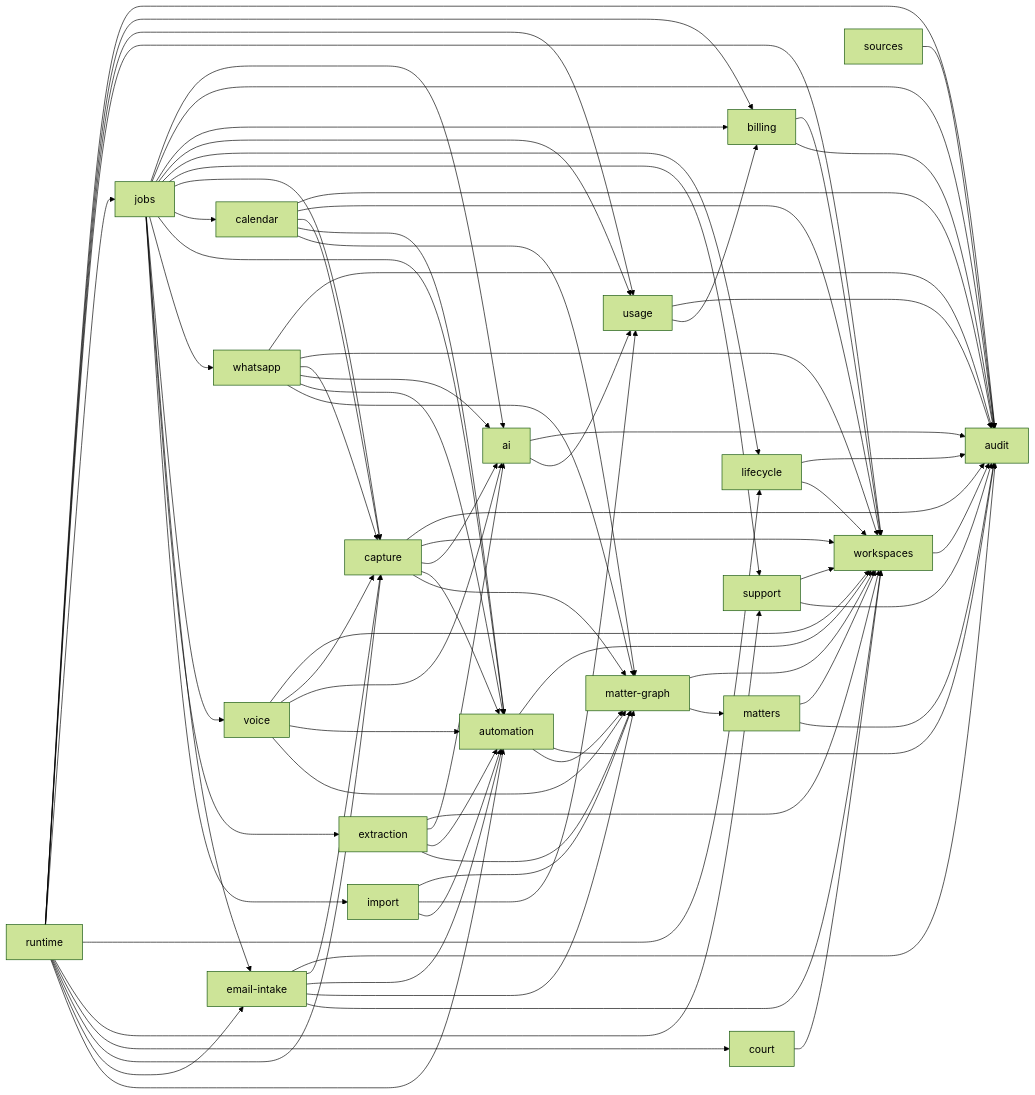
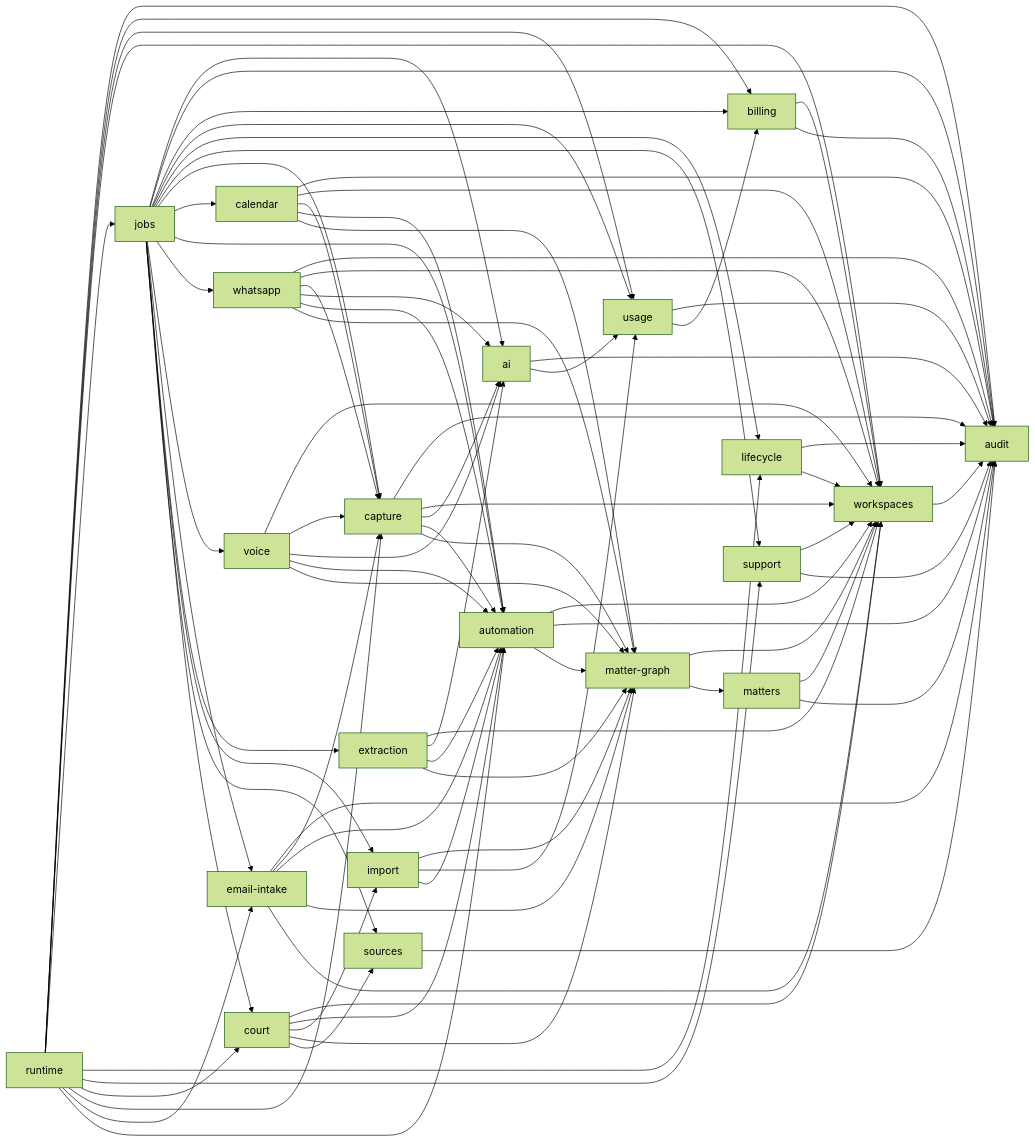
The diagram in docs/engineering/core-domains.md (RapierCraftStudios/causedeck), drawn with Mermaid (forest theme) before and after one commit. The commit also changed other lines of this file and 10 other files, not shown here.

```diff
--- a/docs/engineering/core-domains.md
+++ b/docs/engineering/core-domains.md
@@ -71,6 +71,10 @@
   matters --> workspaces
   matters --> audit
   court --> workspaces
+  court --> automation
+  court --> import
+  court --> matter-graph
+  court --> sources
   matter-graph --> workspaces
   matter-graph --> matters
   automation --> workspaces
@@ -114,6 +118,8 @@
   jobs --> email-intake
   jobs --> extraction
   jobs --> import
+  jobs --> court
+  jobs --> sources
   calendar --> audit
   calendar --> workspaces
   calendar --> capture
```
